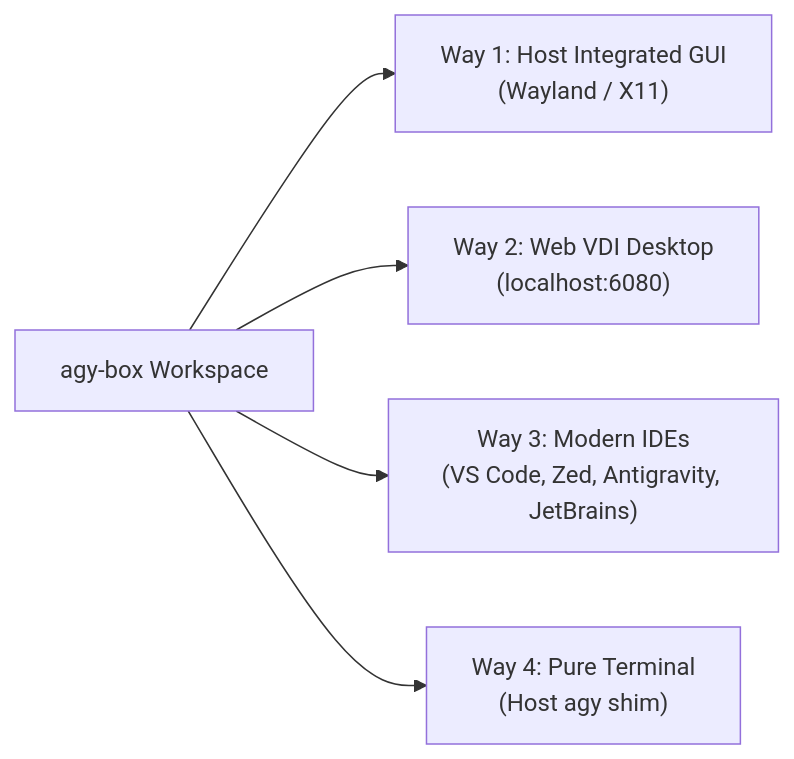
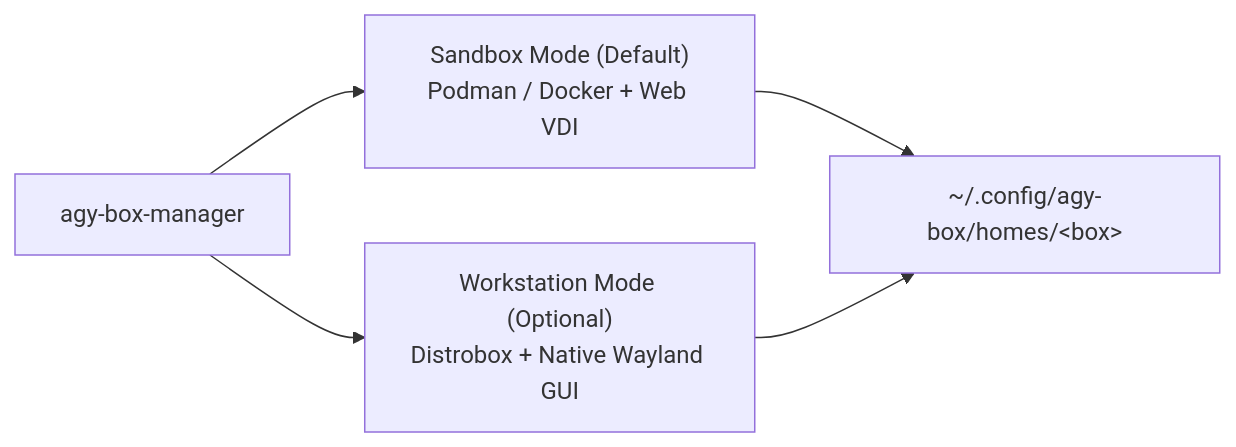
One commit to wtg-codes/agy-box changed the diagram in docs/USER_GUIDE.md. Above: the diagram before and after it, drawn with Mermaid. The commit also changed other lines of this file and 23 other files, not shown here.

Commit message:
feat: unified v0.8.0 multi-box fleet, default sandbox mode, agy-doctor, and structured logging (#51)

````diff
--- a/docs/USER_GUIDE.md
+++ b/docs/USER_GUIDE.md
@@ -74,7 +73,7 @@
 ```mermaid
 flowchart LR
-    A["agy-box Workspace"] --> B["Way 1: Host Integrated GUI<br>(Wayland / X11)"]
-    A --> C["Way 2: Web VDI Desktop<br>(localhost:6080)"]
-    A --> D["Way 3: Modern IDEs<br>(VS Code, Zed, Antigravity, JetBrains)"]
-    A --> E["Way 4: Pure Terminal<br>(Host agy shim)"]
+    A["agy-box-manager"] --> B["Sandbox Mode (Default)<br>Podman / Docker + Web VDI"]
+    A --> C["Workstation Mode (Optional)<br>Distrobox + Native Wayland GUI"]
+    B --> D["~/.config/agy-box/homes/&lt;box&gt;"]
+    C --> D
 ```
````
